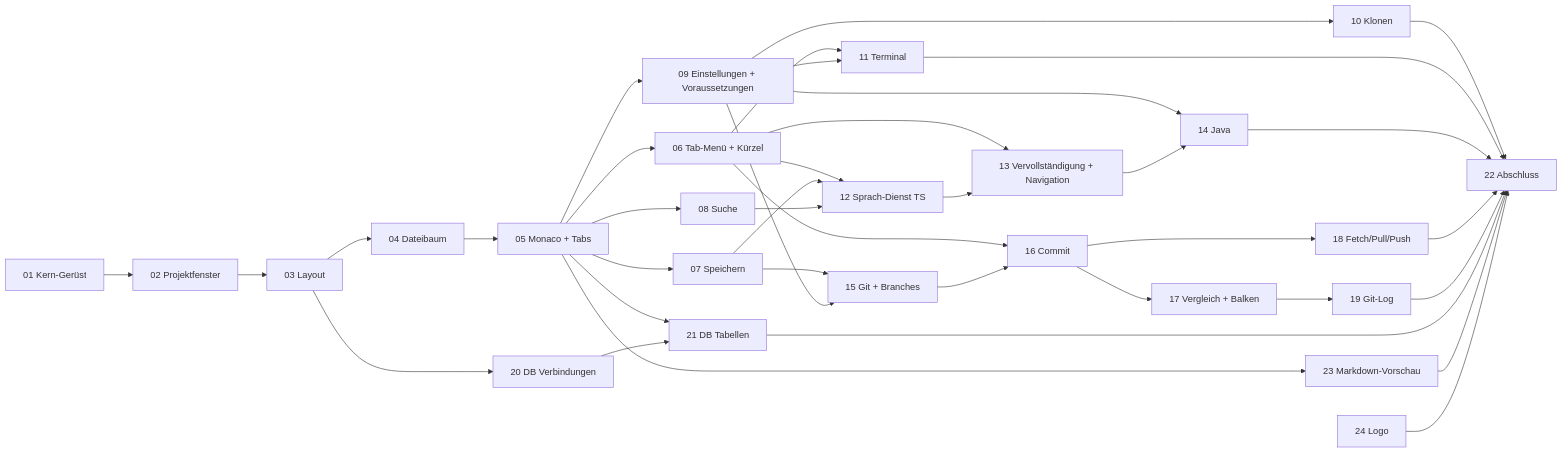
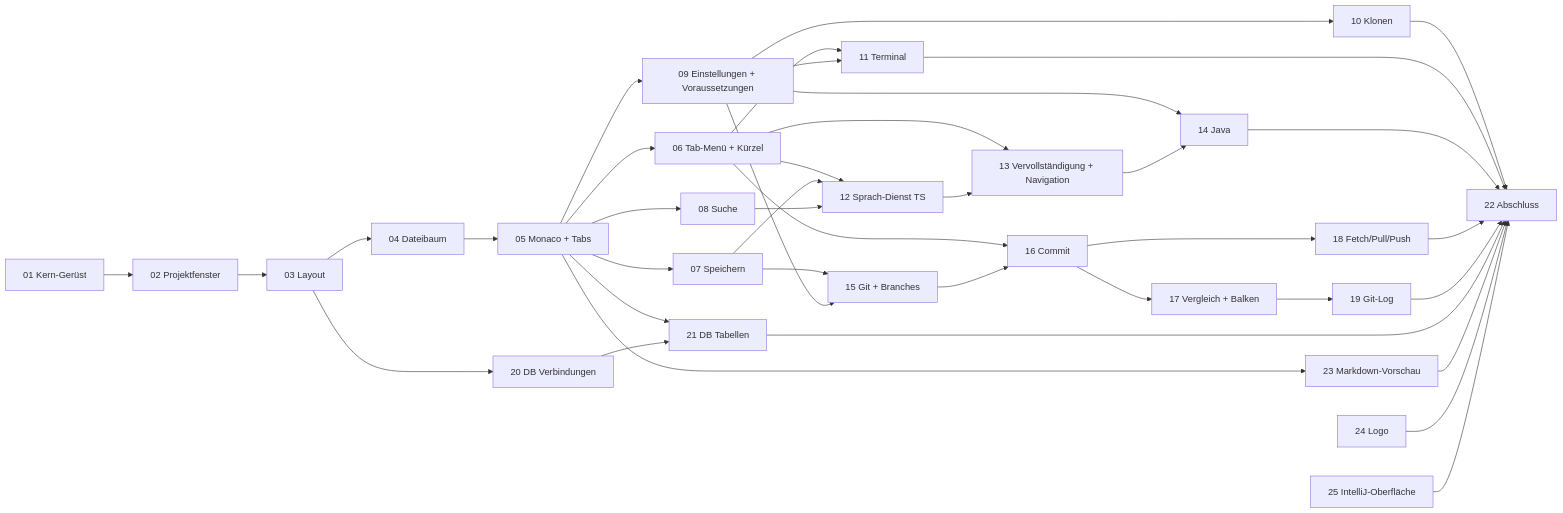
One commit to BonomoAlessandro/codium changed the diagram in docs/tickets/README.md. Above: the diagram before and after it, drawn with Mermaid. The commit also changed other lines of this file and 1 other file, not shown here.

First line of the commit message:
Ticket 25: Oberfläche näher an IntelliJ

````diff
--- a/docs/tickets/README.md
+++ b/docs/tickets/README.md
@@ -96,40 +97,41 @@
 ```mermaid
 flowchart LR
   T01[01 Kern-Gerüst] --> T02[02 Projektfenster]
   T02 --> T03[03 Layout]
   T03 --> T04[04 Dateibaum]
   T04 --> T05[05 Monaco + Tabs]
   T05 --> T06[06 Tab-Menü + Kürzel]
   T05 --> T07[07 Speichern]
   T05 --> T08[08 Suche]
   T05 --> T09[09 Einstellungen + Voraussetzungen]
   T09 --> T10[10 Klonen]
   T06 --> T11[11 Terminal]
   T09 --> T11
   T06 --> T12[12 Sprach-Dienst TS]
   T07 --> T12
   T08 --> T12
   T06 --> T13[13 Vervollständigung + Navigation]
   T12 --> T13
   T09 --> T14[14 Java]
   T13 --> T14
   T07 --> T15[15 Git + Branches]
   T09 --> T15
   T06 --> T16[16 Commit]
   T15 --> T16
   T16 --> T17[17 Vergleich + Balken]
   T16 --> T18[18 Fetch/Pull/Push]
   T17 --> T19[19 Git-Log]
   T03 --> T20[20 DB Verbindungen]
   T05 --> T21[21 DB Tabellen]
   T20 --> T21
   T10 --> T22[22 Abschluss]
   T11 --> T22
   T14 --> T22
   T18 --> T22
   T19 --> T22
   T21 --> T22
   T05 --> T23[23 Markdown-Vorschau]
   T23 --> T22
   T24[24 Logo] --> T22
+  T25[25 IntelliJ-Oberfläche] --> T22
 ```
````
